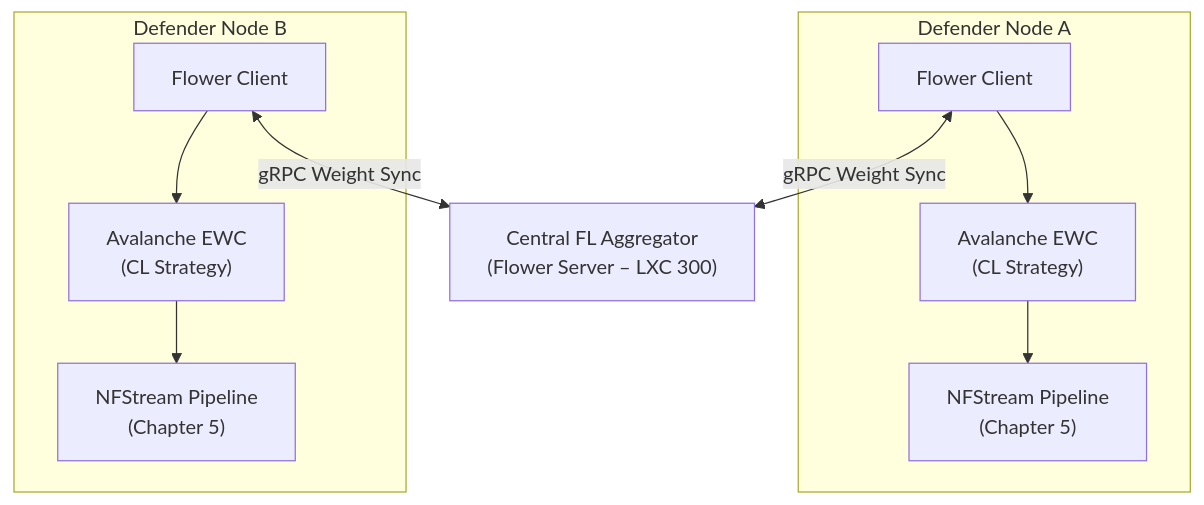
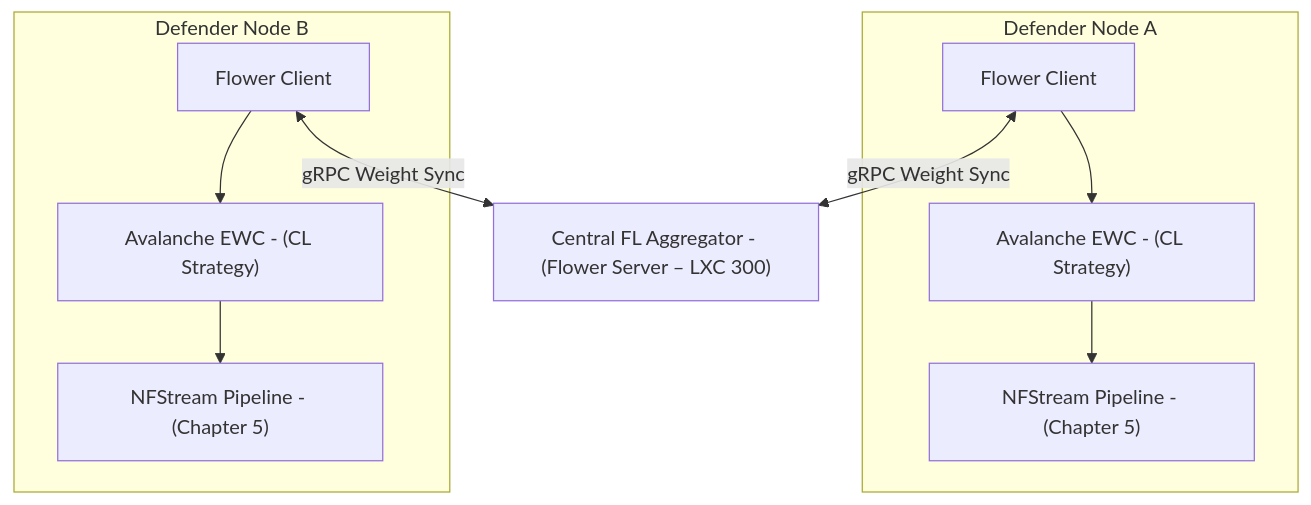
The fifth of 6 diagrams in docs/00_research_paper.md (rhaffle87/fl-cl), drawn with Mermaid before and after one commit. The commit also changed other lines of this file, not shown here.

Commit message:
docs: add research paper detailing hybrid FL-CL architecture for encrypted network defense

````diff
--- a/docs/00_research_paper.md
+++ b/docs/00_research_paper.md
@@ -435,25 +435,25 @@
 ```mermaid
 graph TD
-    Aggregator["Central FL Aggregator<br/>(Flower Server – LXC 300)"]
+    Aggregator["Central FL Aggregator - (Flower Server – LXC 300)"]
     
     subgraph DefenderA ["Defender Node A"]
         ClientA["Flower Client"]
-        CL_A["Avalanche EWC<br/>(CL Strategy)"]
-        PipeA["NFStream Pipeline<br/>(Chapter 5)"]
+        CL_A["Avalanche EWC - (CL Strategy)"]
+        PipeA["NFStream Pipeline - (Chapter 5)"]
         
         ClientA --> CL_A
         CL_A --> PipeA
     end
 
     subgraph DefenderB ["Defender Node B"]
         ClientB["Flower Client"]
-        CL_B["Avalanche EWC<br/>(CL Strategy)"]
-        PipeB["NFStream Pipeline<br/>(Chapter 5)"]
+        CL_B["Avalanche EWC - (CL Strategy)"]
+        PipeB["NFStream Pipeline - (Chapter 5)"]
         
         ClientB --> CL_B
         CL_B --> PipeB
     end
 
     ClientA <-->|gRPC Weight Sync| Aggregator
     ClientB <-->|gRPC Weight Sync| Aggregator
 ```
````
